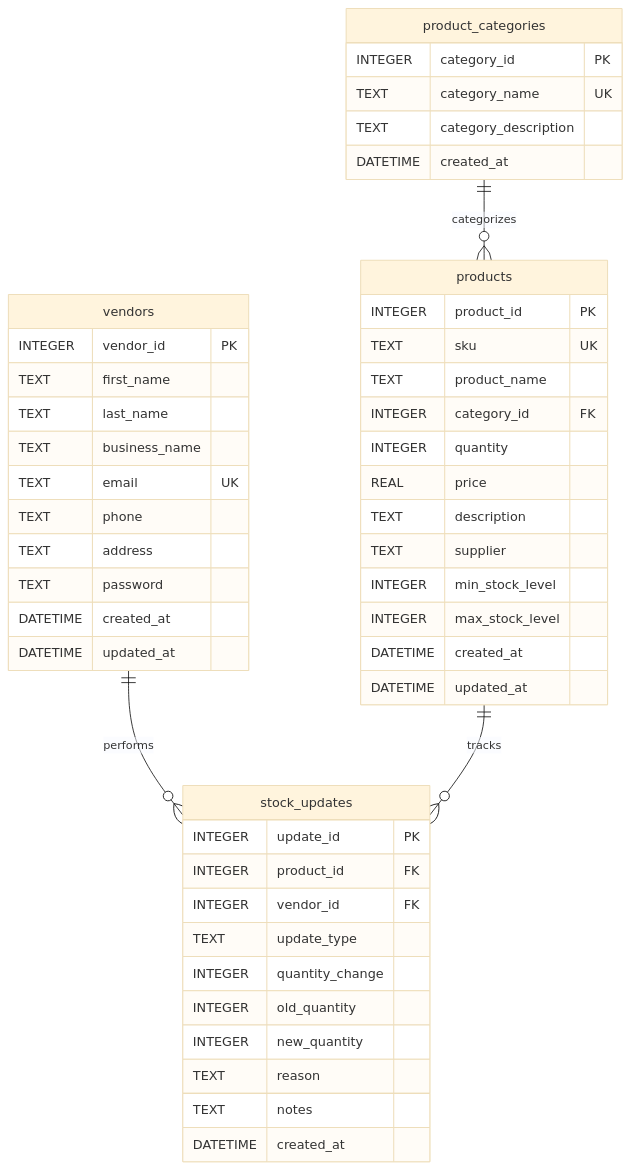
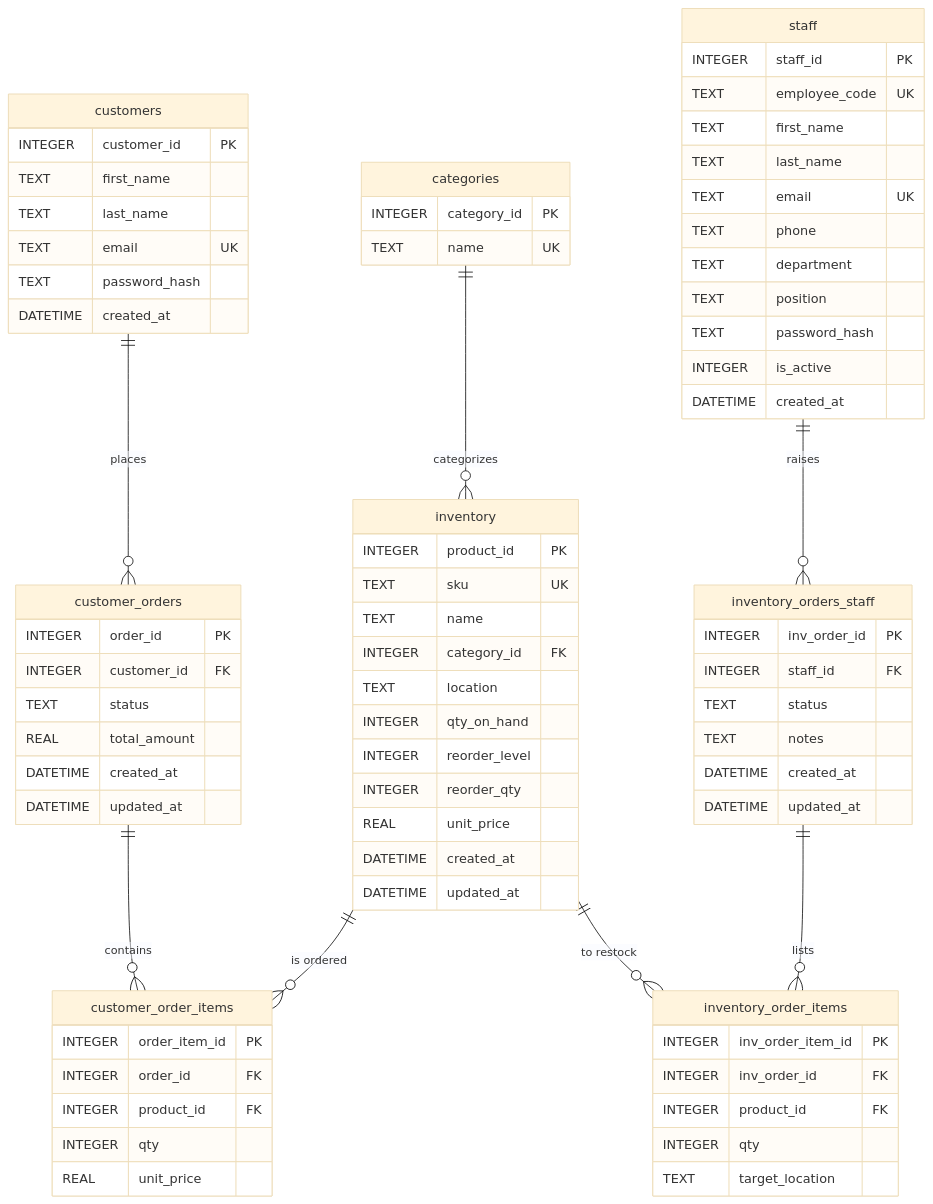
One commit to u21518727/BFB_Group_22_Final changed the diagram in README.md. Above: the diagram before and after it, drawn with Mermaid (base theme).

Commit message:
Revise ERD and table definitions in README.md
Updated the Entity Relationship Diagram (ERD) in README.md to reflect changes in table structures and relationships.

````diff
--- a/README.md
+++ b/README.md
@@ -27,54 +27,93 @@
 ```mermaid
 erDiagram
-    product_categories {
+    %% LOOKUPS
+    categories {
         INTEGER category_id PK
-        TEXT category_name UK
-        TEXT category_description
+        TEXT name UK
+    }
+
+    %% USERS
+    customers {
+        INTEGER customer_id PK
+        TEXT first_name
+        TEXT last_name
+        TEXT email UK
+        TEXT password_hash
         DATETIME created_at
     }
-    
-    vendors {
-        INTEGER vendor_id PK
+
+    staff {
+        INTEGER staff_id PK
+        TEXT employee_code UK
         TEXT first_name
         TEXT last_name
-        TEXT business_name
         TEXT email UK
         TEXT phone
-        TEXT address
-        TEXT password
+        TEXT department
+        TEXT position
+        TEXT password_hash
+        INTEGER is_active
+        DATETIME created_at
+    }
+
+    %% PRODUCTS / INVENTORY
+    inventory {
+        INTEGER product_id PK
+        TEXT sku UK
+        TEXT name
+        INTEGER category_id FK
+        TEXT location
+        INTEGER qty_on_hand
+        INTEGER reorder_level
+        INTEGER reorder_qty
+        REAL unit_price
         DATETIME created_at
         DATETIME updated_at
     }
-    
-    products {
-        INTEGER product_id PK
-        TEXT sku UK
-        TEXT product_name
-        INTEGER category_id FK
-        INTEGER quantity
-        REAL price
-        TEXT description
-        TEXT supplier
-        INTEGER min_stock_level
-        INTEGER max_stock_level
+
+    %% CUSTOMER ORDERS (HEADER + ITEMS)
+    customer_orders {
+        INTEGER order_id PK
+        INTEGER customer_id FK
+        TEXT status
+        REAL total_amount
         DATETIME created_at
         DATETIME updated_at
     }
-    
-    stock_updates {
-        INTEGER update_id PK
+
+    customer_order_items {
+        INTEGER order_item_id PK
+        INTEGER order_id FK
         INTEGER product_id FK
-        INTEGER vendor_id FK
-        TEXT update_type
-        INTEGER quantity_change
-        INTEGER old_quantity
-        INTEGER new_quantity
-        TEXT reason
+        INTEGER qty
+        REAL unit_price
+    }
+
+    %% STAFF INVENTORY ORDERS (HEADER + ITEMS)
+    inventory_orders_staff {
+        INTEGER inv_order_id PK
+        INTEGER staff_id FK
+        TEXT status
         TEXT notes
         DATETIME created_at
+        DATETIME updated_at
     }
 
-    product_categories ||--o{ products : "categorizes"
-    vendors ||--o{ stock_updates : "performs"
-    products ||--o{ stock_updates : "tracks"
+    inventory_order_items {
+        INTEGER inv_order_item_id PK
+        INTEGER inv_order_id FK
+        INTEGER product_id FK
+        INTEGER qty
+        TEXT target_location
+    }
+
+    %% RELATIONSHIPS
+    categories ||--o{ inventory : "categorizes"
+    customers  ||--o{ customer_orders : "places"
+    customer_orders ||--o{ customer_order_items : "contains"
+    inventory  ||--o{ customer_order_items : "is ordered"
+    staff      ||--o{ inventory_orders_staff : "raises"
+    inventory_orders_staff ||--o{ inventory_order_items : "lists"
+    inventory  ||--o{ inventory_order_items : "to restock"
+
 ```
````
